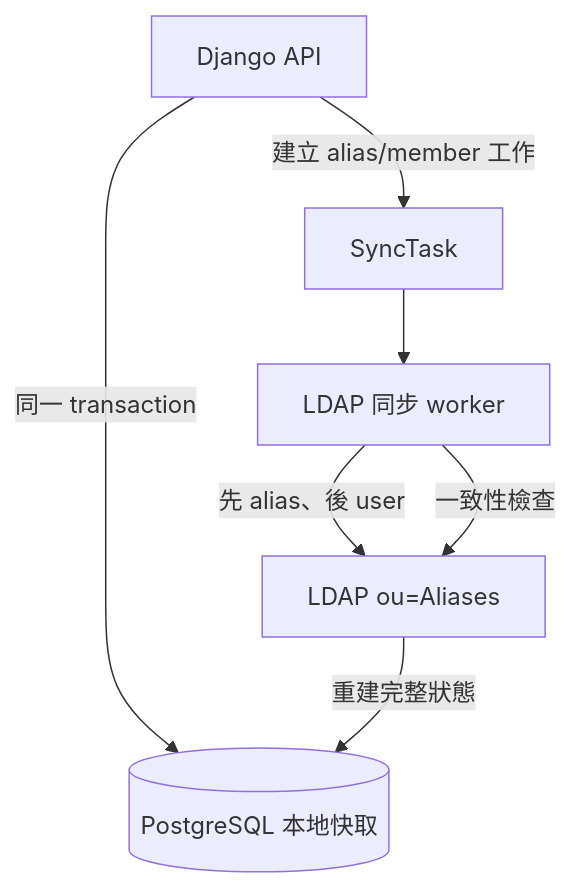
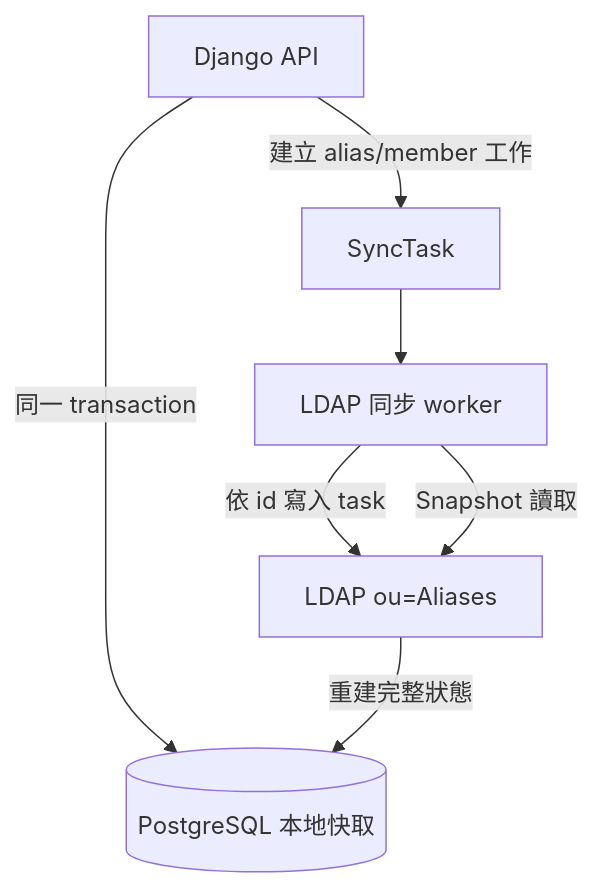
Before and after one commit to QWERTYPIG/2026-NASA3-Mail-Subscription: the second of 3 diagrams in docs/01-architecture.md, drawn with Mermaid. The commit also changed other lines of this file and 8 other files, not shown here.

````diff
--- a/docs/01-architecture.md
+++ b/docs/01-architecture.md
@@ -51,9 +51,9 @@
 ```mermaid
 flowchart TD
     API[Django API] -->|同一 transaction| CacheDB[(PostgreSQL 本地快取)]
     API -->|建立 alias/member 工作| SyncQ[SyncTask]
     SyncQ --> Worker[LDAP 同步 worker]
-    Worker -->|先 alias、後 user| LDAP[LDAP ou=Aliases]
-    Worker -->|一致性檢查| LDAP
+    Worker -->|依 id 寫入 task| LDAP[LDAP ou=Aliases]
+    Worker -->|Snapshot 讀取| LDAP
     LDAP -->|重建完整狀態| CacheDB
 ```
````
